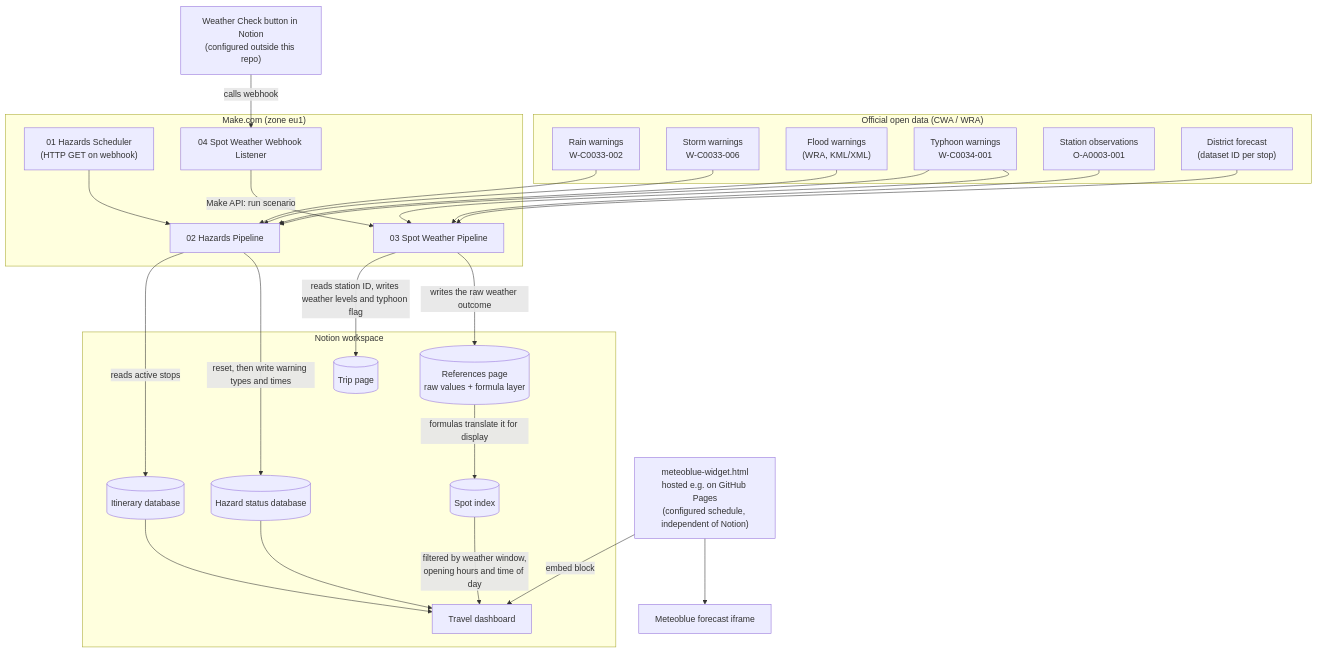
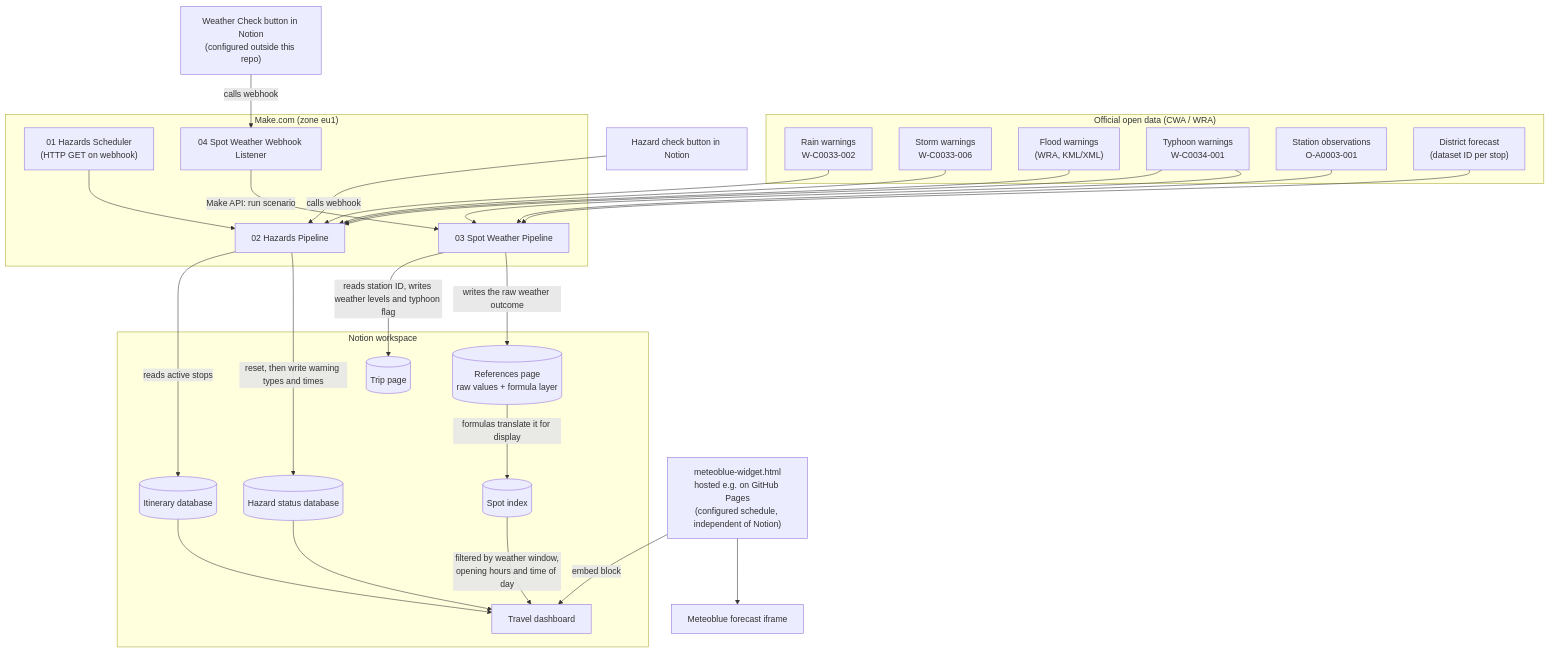
One commit to bisch2306/travel-weather-intelligence-system changed the first of 4 diagrams in README.md. Above: the diagram before and after it, drawn with Mermaid. The commit also changed other lines of this file, not shown here.

````diff
--- a/README.md
+++ b/README.md
@@ -26,46 +26,47 @@
 ```mermaid
 graph TD
     subgraph SRC["Official open data (CWA / WRA)"]
         A1["Rain warnings<br/>W-C0033-002"]
         A2["Storm warnings<br/>W-C0033-006"]
         A3["Flood warnings<br/>(WRA, KML/XML)"]
         A4["Typhoon warnings<br/>W-C0034-001"]
         A5["Station observations<br/>O-A0003-001"]
         A6["District forecast<br/>(dataset ID per stop)"]
     end
 
     subgraph Make["Make.com (zone eu1)"]
         S1["01 Hazards Scheduler<br/>(HTTP GET on webhook)"] --> H["02 Hazards Pipeline"]
         W1["04 Spot Weather Webhook Listener"] -->|"Make API: run scenario"| P["03 Spot Weather Pipeline"]
     end
 
+    T1["Hazard check button in Notion"] -->|"calls webhook"| H
     T["Weather Check button in Notion<br/>(configured outside this repo)"] -->|"calls webhook"| W1
 
     subgraph Notion["Notion workspace"]
         HD[("Hazard status database")]
         ID[("Itinerary database")]
         TR[("Trip page")]
         RF[("References page<br/>raw values + formula layer")]
         SP[("Spot index")]
         DB["Travel dashboard"]
     end
 
     A1 --> H
     A2 --> H
     A3 --> H
     A4 --> H
     A4 --> P
     A5 --> P
     A6 --> P
     H -->|"reads active stops"| ID
     H -->|"reset, then write warning types and times"| HD
     P -->|"reads station ID, writes weather levels and typhoon flag"| TR
     P -->|"writes the raw weather outcome"| RF
     RF -->|"formulas translate it for display"| SP
     ID --> DB
     HD --> DB
     SP -->|"filtered by weather window,<br/>opening hours and time of day"| DB
 
     WG["meteoblue-widget.html<br/>hosted e.g. on GitHub Pages<br/>(configured schedule, independent of Notion)"] -->|"embed block"| DB
     WG --> MB["Meteoblue forecast iframe"]
 ```
````
